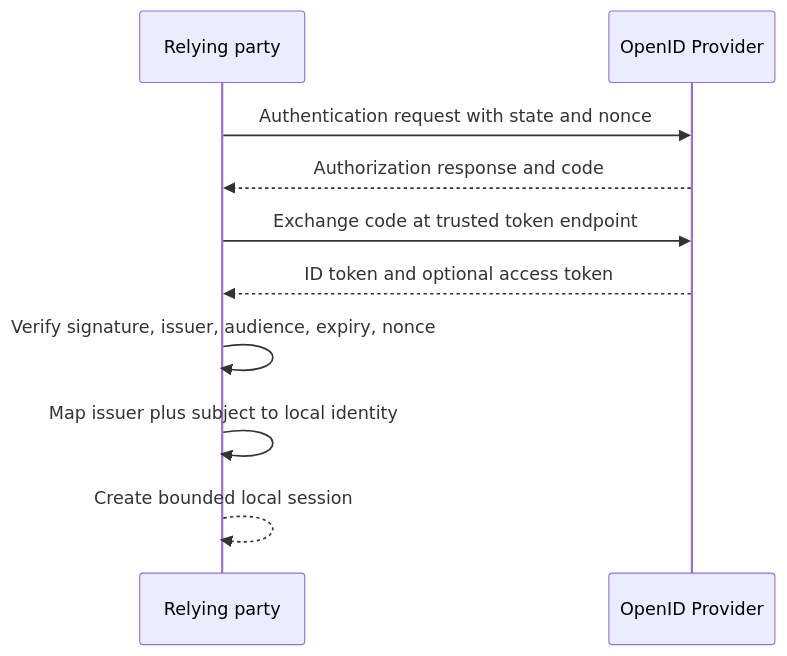
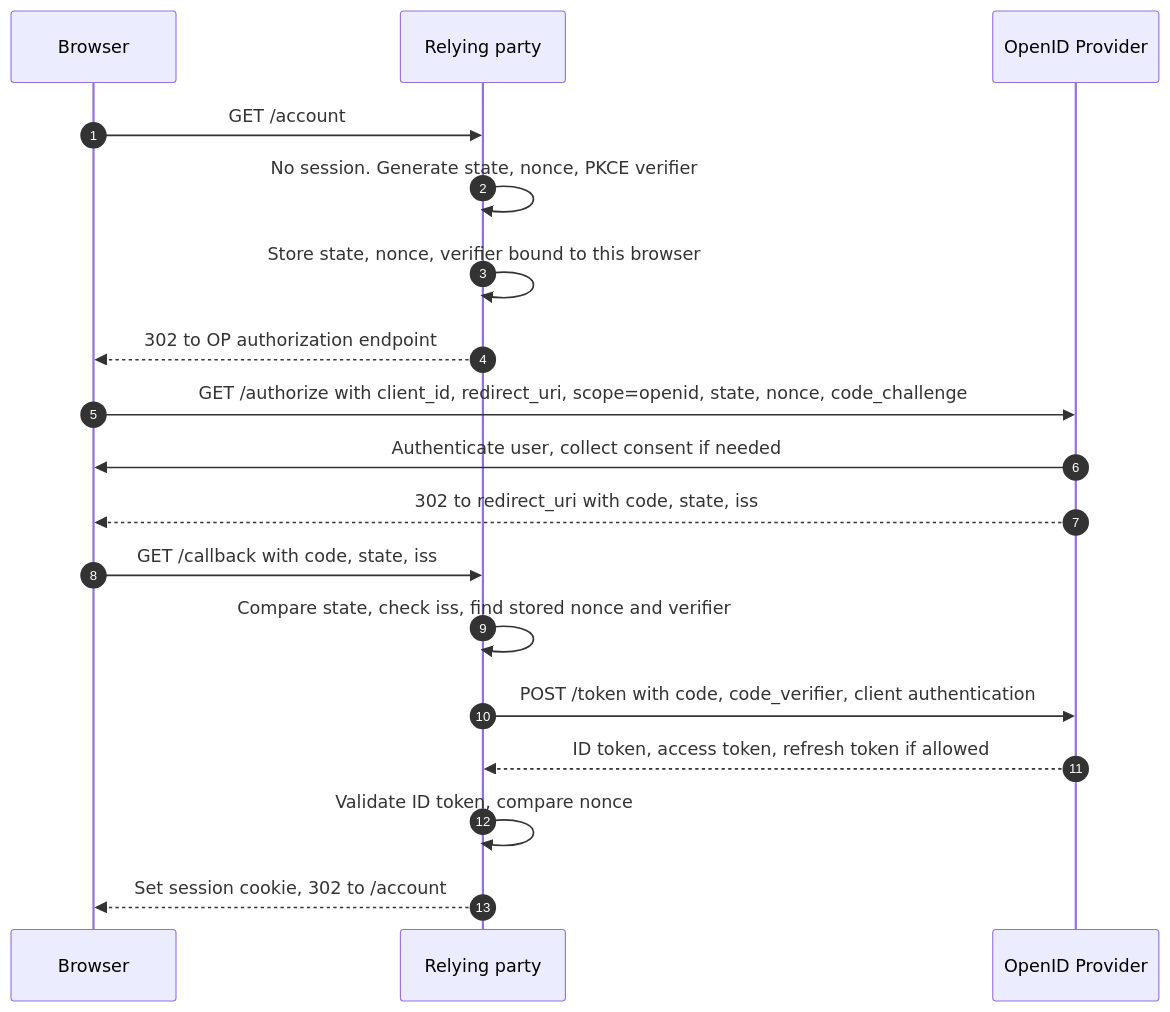
Before and after one commit to joydasss/Architect: the second of 13 diagrams in 15_Security/CH07_OIDC.md, drawn with Mermaid. The commit also changed other lines of this file and 295 other files, not shown here.

````diff
--- a/15_Security/CH07_OIDC.md
+++ b/15_Security/CH07_OIDC.md
@@ -29,12 +94,20 @@
 ```mermaid
 sequenceDiagram
+    autonumber
+    participant B as Browser
     participant RP as Relying party
     participant OP as OpenID Provider
-    RP->>OP: Authentication request with state and nonce
-    OP-->>RP: Authorization response and code
-    RP->>OP: Exchange code at trusted token endpoint
-    OP-->>RP: ID token and optional access token
-    RP->>RP: Verify signature, issuer, audience, expiry, nonce
-    RP->>RP: Map issuer plus subject to local identity
-    RP-->>RP: Create bounded local session
+    B->>RP: GET /account
+    RP->>RP: No session. Generate state, nonce, PKCE verifier
+    RP->>RP: Store state, nonce, verifier bound to this browser
+    RP-->>B: 302 to OP authorization endpoint
+    B->>OP: GET /authorize with client_id, redirect_uri, scope=openid, state, nonce, code_challenge
+    OP->>B: Authenticate user, collect consent if needed
+    OP-->>B: 302 to redirect_uri with code, state, iss
+    B->>RP: GET /callback with code, state, iss
+    RP->>RP: Compare state, check iss, find stored nonce and verifier
+    RP->>OP: POST /token with code, code_verifier, client authentication
+    OP-->>RP: ID token, access token, refresh token if allowed
+    RP->>RP: Validate ID token, compare nonce
+    RP-->>B: Set session cookie, 302 to /account
 ```
````
